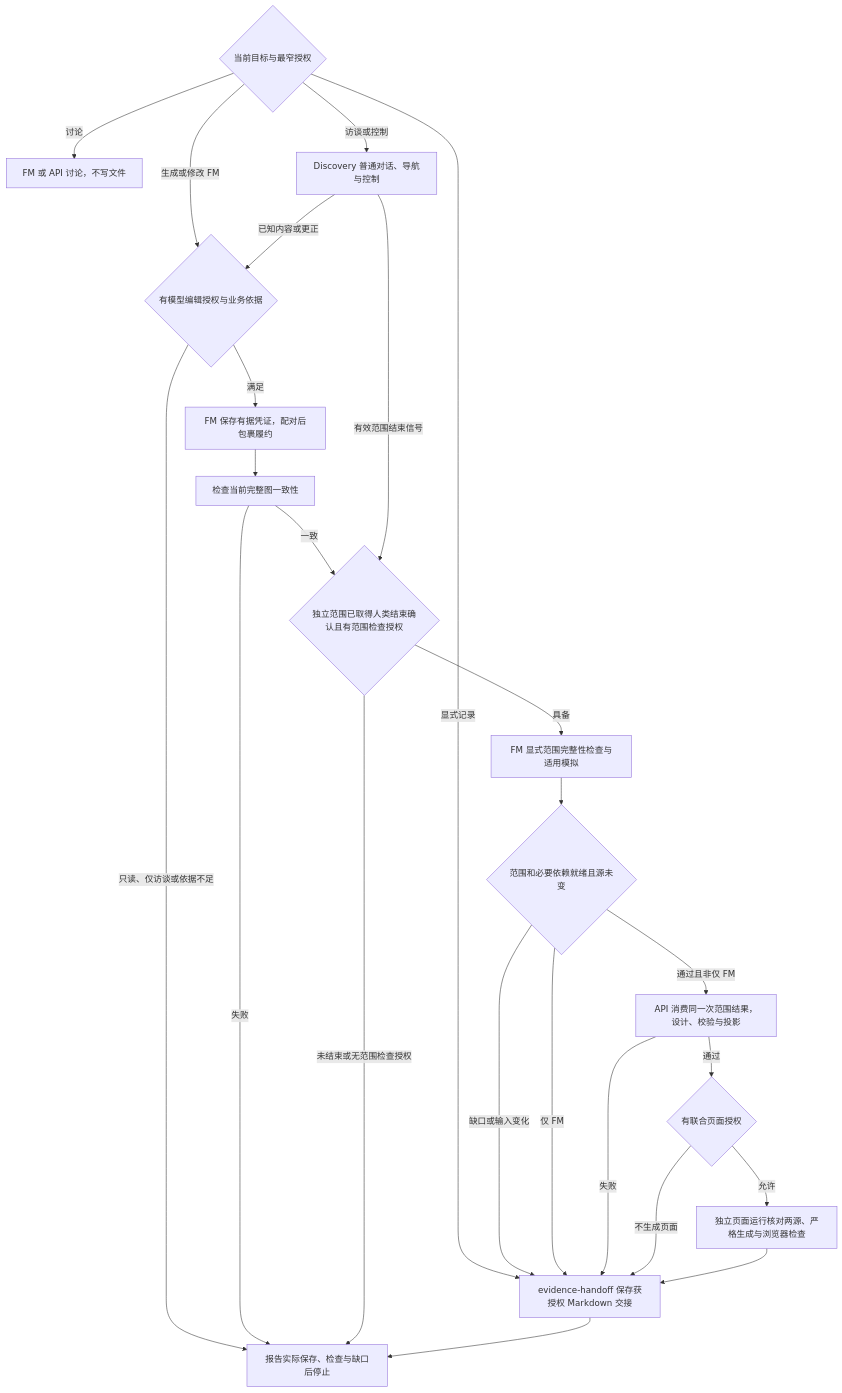
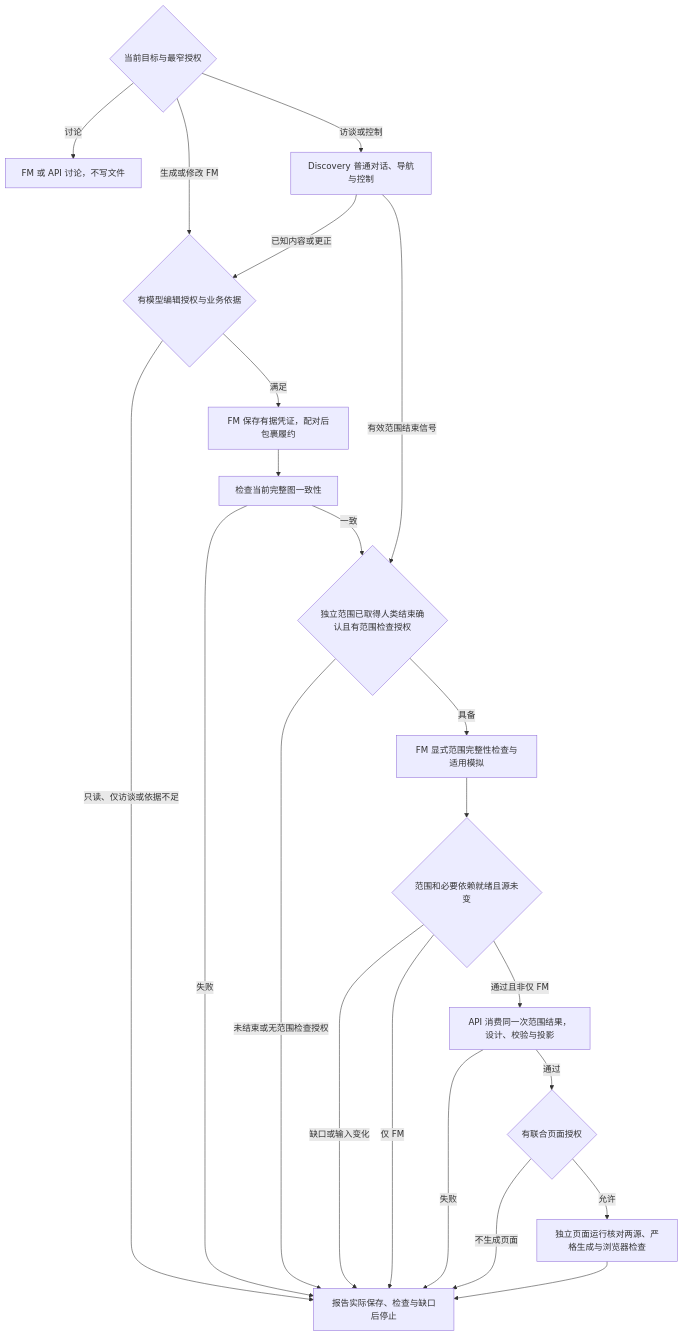
The second of 2 diagrams in .agents/skills/evidence-modeling/references/workflow.md (JayClock/Evidence-Framework), drawn with Mermaid before and after one commit. The commit also changed other lines of this file and 26 other files, not shown here.

````diff
--- a/.agents/skills/evidence-modeling/references/workflow.md
+++ b/.agents/skills/evidence-modeling/references/workflow.md
@@ -27,40 +25,37 @@
 ```mermaid
 flowchart TD
     intent{当前目标与最窄授权}
     discussion[FM 或 API 讨论，不写文件]
     discovery[Discovery 普通对话、导航与控制]
     authorized{有模型编辑授权与业务依据}
     fm[FM 保存有据凭证，配对后包裹履约]
     check[检查当前完整图一致性]
     endScope{独立范围已取得人类结束确认且有范围检查授权}
     complete[FM 显式范围完整性检查与适用模拟]
     ready{范围和必要依赖就绪且源未变}
     api[API 消费同一次范围结果，设计、校验与投影]
     page{有联合页面授权}
     review[独立页面运行核对两源、严格生成与浏览器检查]
-    manual[evidence-handoff 保存获授权 Markdown 交接]
-    handoff[报告实际保存、检查与缺口后停止]
+    report[报告实际保存、检查与缺口后停止]
     intent -->|讨论| discussion
     intent -->|访谈或控制| discovery
     intent -->|生成或修改 FM| authorized
-    intent -->|显式记录| manual
     discovery -->|已知内容或更正| authorized
     authorized -->|满足| fm
-    authorized -->|只读、仅访谈或依据不足| handoff
+    authorized -->|只读、仅访谈或依据不足| report
     fm --> check
-    check -->|失败| handoff
+    check -->|失败| report
     check -->|一致| endScope
     discovery -->|有效范围结束信号| endScope
-    endScope -->|未结束或无范围检查授权| handoff
+    endScope -->|未结束或无范围检查授权| report
     endScope -->|具备| complete
     complete --> ready
-    ready -->|缺口或输入变化| manual
+    ready -->|缺口或输入变化| report
     ready -->|通过且非仅 FM| api
-    ready -->|仅 FM| manual
-    api -->|失败| manual
+    ready -->|仅 FM| report
+    api -->|失败| report
     api -->|通过| page
     page -->|允许| review
-    page -->|不生成页面| manual
-    review --> manual
-    manual --> handoff
+    page -->|不生成页面| report
+    review --> report
 ```
````
